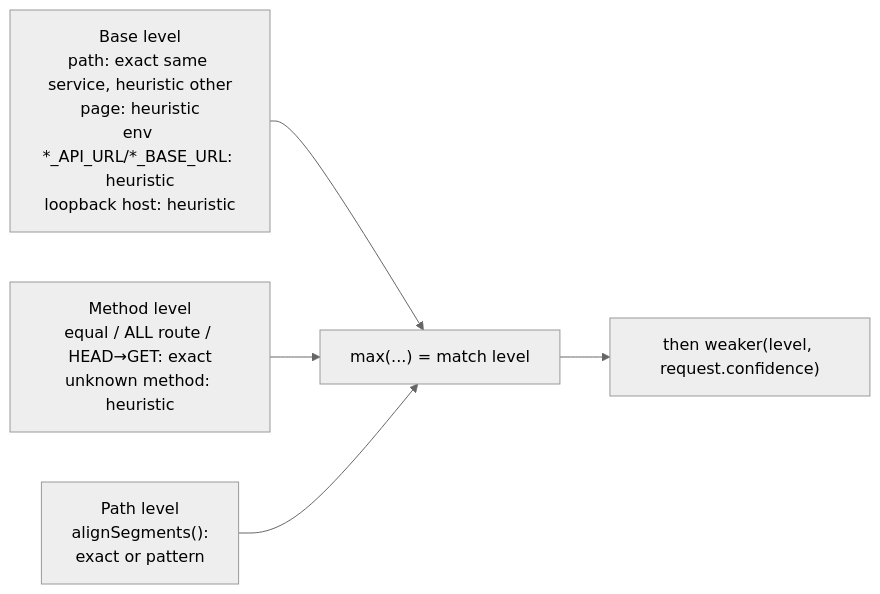
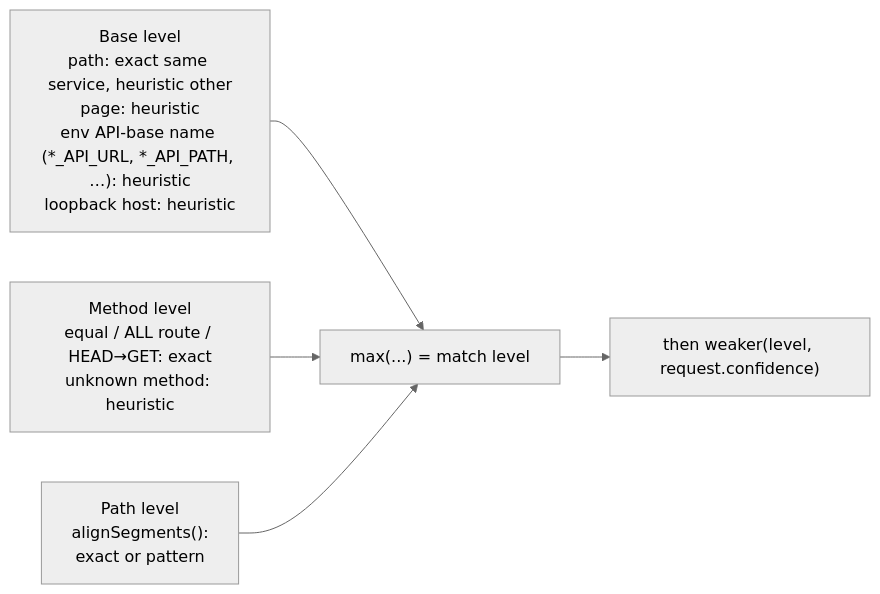
The fourth of 4 diagrams in docs/walkthroughs/resolver.md (AbhinavGonthina/gitinside), drawn with Mermaid (neutral theme) before and after one commit. The commit also changed 11 other files, not shown here.

First line of the commit message:
Match API-base env names by endings

````diff
--- a/docs/walkthroughs/resolver.md
+++ b/docs/walkthroughs/resolver.md
@@ -447,7 +447,7 @@
 ```mermaid
 flowchart LR
-  B["Base level<br/>path: exact same service, heuristic other<br/>page: heuristic<br/>env *_API_URL/*_BASE_URL: heuristic<br/>loopback host: heuristic"] --> W
+  B["Base level<br/>path: exact same service, heuristic other<br/>page: heuristic<br/>env API-base name (*_API_URL, *_API_PATH, …): heuristic<br/>loopback host: heuristic"] --> W
   M["Method level<br/>equal / ALL route / HEAD→GET: exact<br/>unknown method: heuristic"] --> W
   P["Path level<br/>alignSegments():<br/>exact or pattern"] --> W
   W["max(...) = match level"] --> R["then weaker(level, request.confidence)"]
 ```
````
